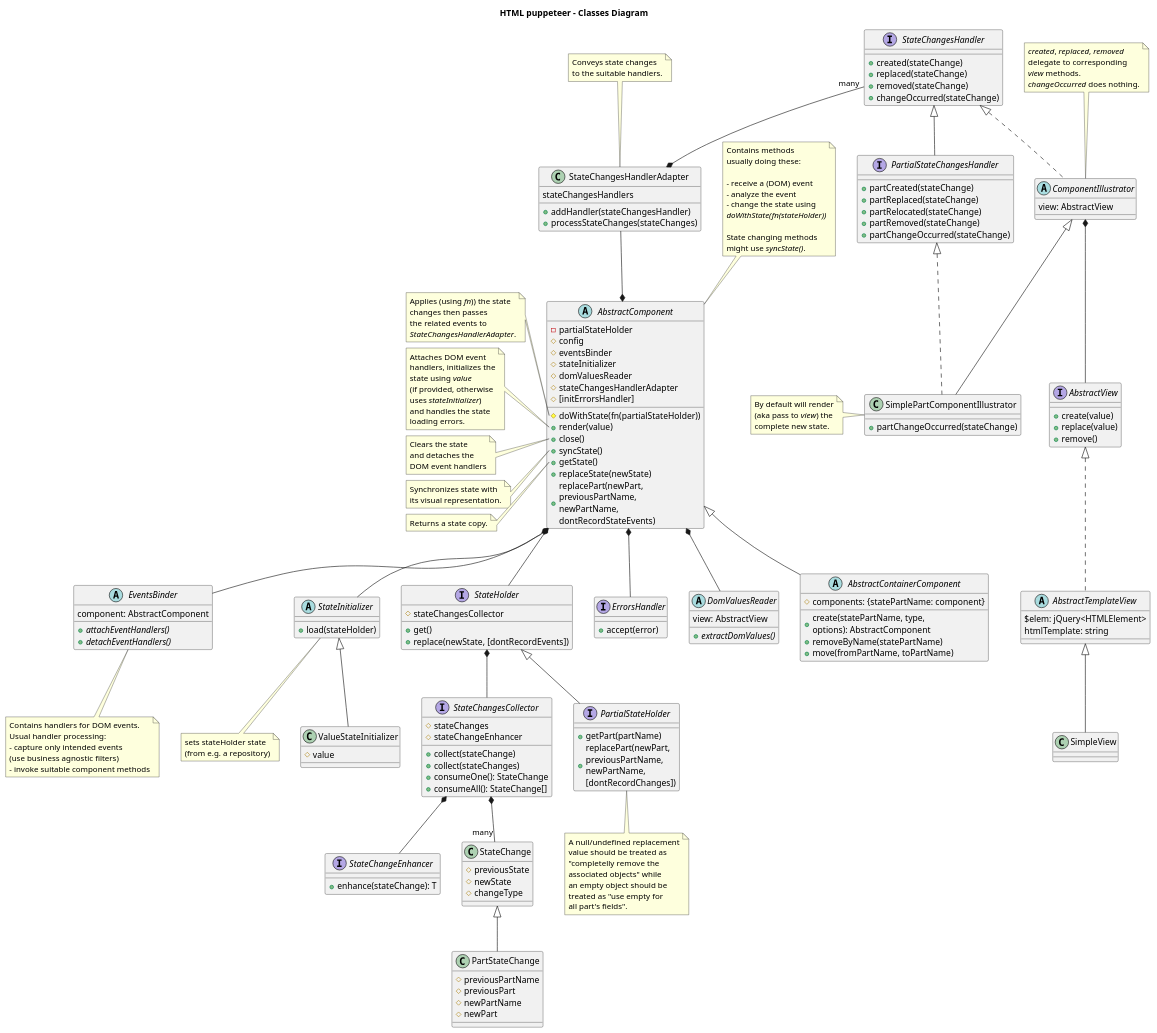
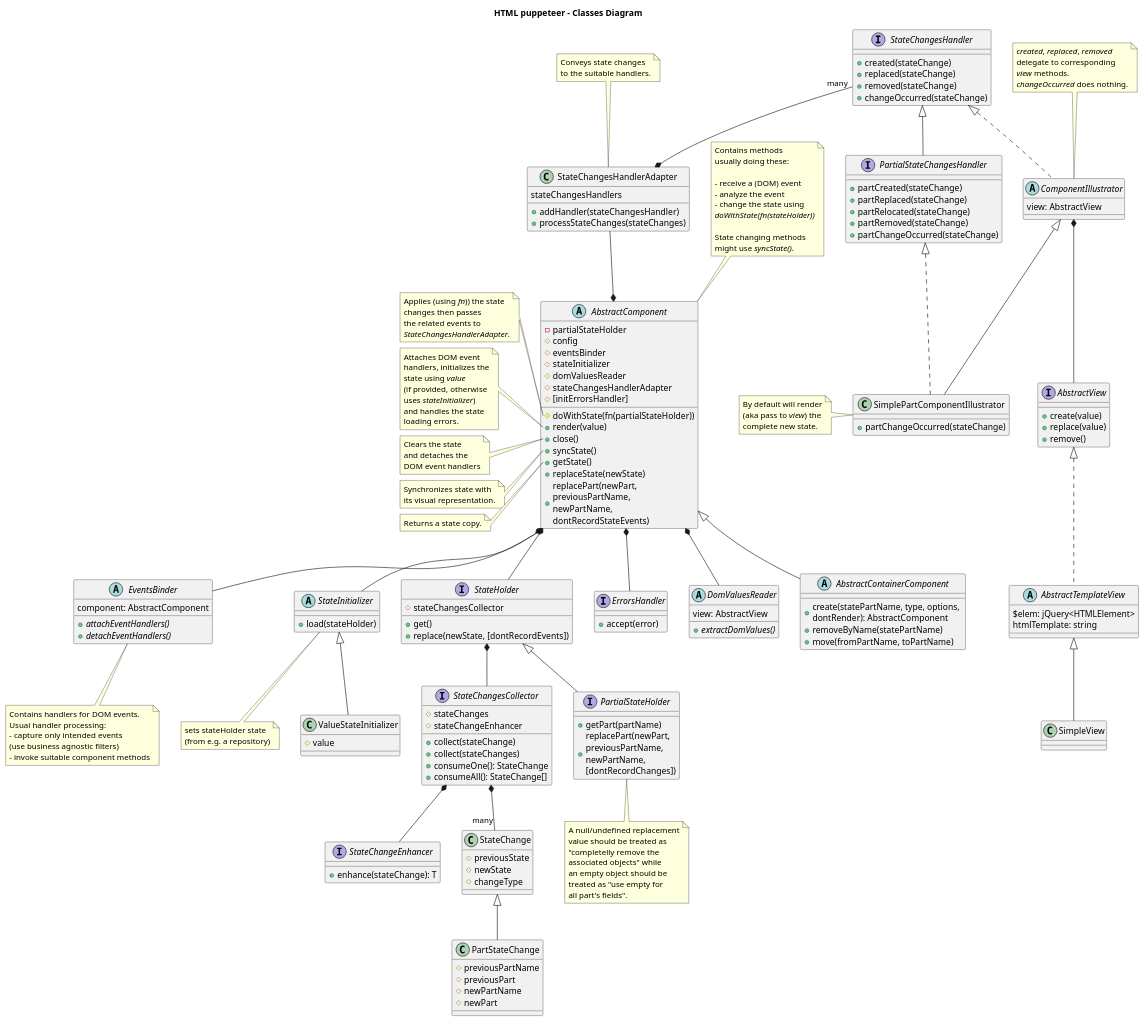
The diagram in design/classes-diagram.puml (adrhc/html-puppeteer), drawn with PlantUML before and after one commit. The commit also changed 11 other files, not shown here.

```diff
--- a/design/classes-diagram.puml
+++ b/design/classes-diagram.puml
@@ -88,8 +88,7 @@
 end note
 
 abstract AbstractContainerComponent extends AbstractComponent {
-  #components: {statePartName: component}
-  +create(statePartName, type, \noptions): AbstractComponent
+  +create(statePartName, type, options, \ndontRender): AbstractComponent
   +removeByName(statePartName)
   +move(fromPartName, toPartName)
 }
```
